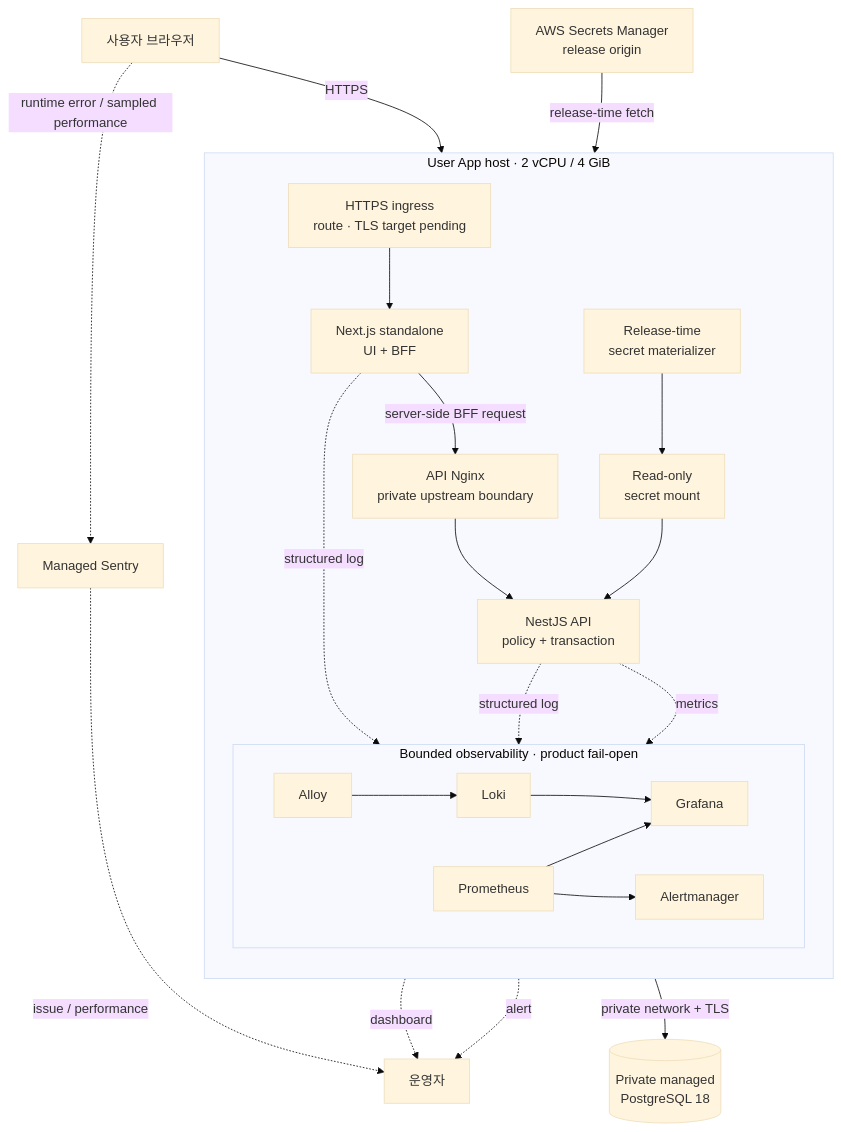
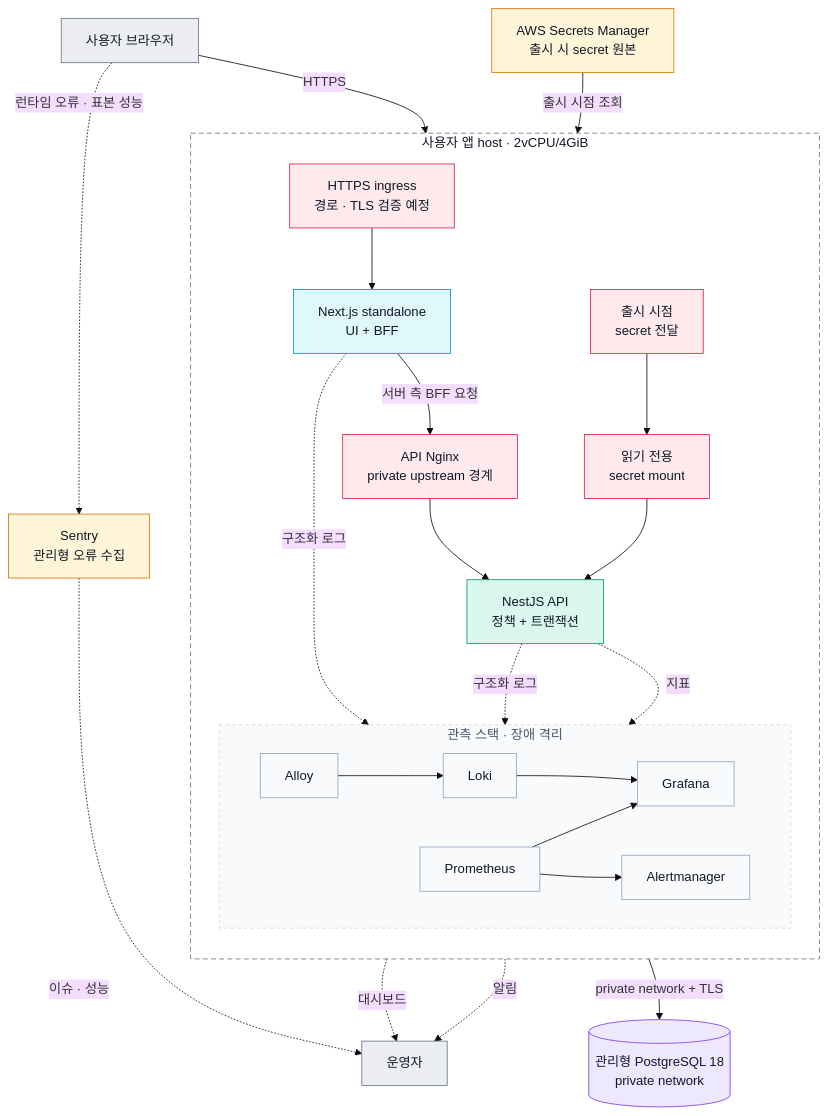
The second of 3 diagrams in README.md (woohyun365/dormduri), drawn with Mermaid (base theme) before and after one commit. The commit also changed other lines of this file, not shown here.

First line of the commit message:
docs(readme): README를 현재 저장소 기준으로 갱신하고 한국어 제목·역할 색 다이어그램으로 정리한다 #618

````diff
--- a/README.md
+++ b/README.md
@@ -62,48 +86,58 @@
 ```mermaid
 flowchart TB
-    Browser[사용자 브라우저]
-    Secrets[AWS Secrets Manager<br/>release origin]
-    RDS[(Private managed<br/>PostgreSQL 18)]
-    Sentry[Managed Sentry]
-    Operator[운영자]
+    Browser[사용자 브라우저]:::external
+    Secrets[AWS Secrets Manager<br/>출시 시 secret 원본]:::cloud
+    RDS[(관리형 PostgreSQL 18<br/>private network)]:::database
+    Sentry[Sentry<br/>관리형 오류 수집]:::cloud
+    Operator[운영자]:::external
 
-    subgraph UserHost[User App host · 2 vCPU / 4 GiB]
+    subgraph UserHost[사용자 앱 host · 2vCPU/4GiB]
         direction TB
-        Ingress[HTTPS ingress<br/>route · TLS target pending]
-        Web[Next.js standalone<br/>UI + BFF]
-        ApiIngress[API Nginx<br/>private upstream boundary]
-        API[NestJS API<br/>policy + transaction]
-        SecretDelivery[Release-time<br/>secret materializer]
-        SecretMount[Read-only<br/>secret mount]
+        Ingress[HTTPS ingress<br/>경로 · TLS 검증 예정]:::security
+        Web[Next.js standalone<br/>UI + BFF]:::frontend
+        ApiIngress[API Nginx<br/>private upstream 경계]:::security
+        API[NestJS API<br/>정책 + 트랜잭션]:::backend
+        SecretDelivery[출시 시점<br/>secret 전달]:::security
+        SecretMount[읽기 전용<br/>secret mount]:::security
 
-        subgraph Observability[Bounded observability · product fail-open]
+        subgraph Observability[관측 스택 · 장애 격리]
             direction LR
-            Alloy[Alloy]
-            Loki[Loki]
-            Prometheus[Prometheus]
-            Grafana[Grafana]
-            Alertmanager[Alertmanager]
+            Alloy[Alloy]:::ops
+            Loki[Loki]:::ops
+            Prometheus[Prometheus]:::ops
+            Grafana[Grafana]:::ops
+            Alertmanager[Alertmanager]:::ops
         end
 
         Ingress --> Web
-        Web -->|server-side BFF request| ApiIngress
+        Web -->|서버 측 BFF 요청| ApiIngress
         ApiIngress --> API
         SecretDelivery --> SecretMount
         SecretMount --> API
-        Web -. structured log .-> Alloy
-        API -. structured log .-> Alloy
+        Web -. 구조화 로그 .-> Alloy
+        API -. 구조화 로그 .-> Alloy
         Alloy --> Loki
-        API -. metrics .-> Prometheus
+        API -. 지표 .-> Prometheus
         Loki --> Grafana
         Prometheus --> Grafana
         Prometheus --> Alertmanager
     end
 
     Browser -->|HTTPS| Ingress
-    Browser -. runtime error / sampled performance .-> Sentry
-    Secrets -->|release-time fetch| SecretDelivery
+    Browser -. 런타임 오류 · 표본 성능 .-> Sentry
+    Secrets -->|출시 시점 조회| SecretDelivery
     API -->|private network + TLS| RDS
-    Grafana -. dashboard .-> Operator
-    Alertmanager -. alert .-> Operator
-    Sentry -. issue / performance .-> Operator
+    Grafana -. 대시보드 .-> Operator
+    Alertmanager -. 알림 .-> Operator
+    Sentry -. 이슈 · 성능 .-> Operator
+
+    classDef frontend fill:#def8fc,stroke:#0891b2,color:#111827
+    classDef backend fill:#daf7ed,stroke:#059669,color:#111827
+    classDef database fill:#ede8fe,stroke:#7c3aed,color:#111827
+    classDef cloud fill:#fef4d8,stroke:#d97706,color:#111827
+    classDef security fill:#feeaed,stroke:#e11d48,color:#111827
+    classDef external fill:#eceef2,stroke:#64748b,color:#111827
+    classDef ops fill:#f8fafc,stroke:#94a3b8,color:#111827
+    style UserHost fill:#ffffff,stroke:#64748b,stroke-dasharray:6 4,color:#111827
+    style Observability fill:#f8fafc,stroke:#cbd5e1,stroke-dasharray:4 4,color:#475569
 ```
````
